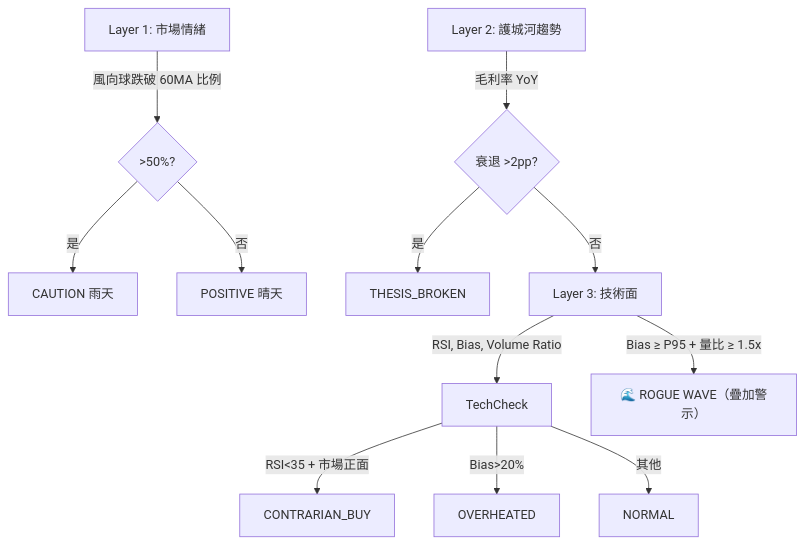
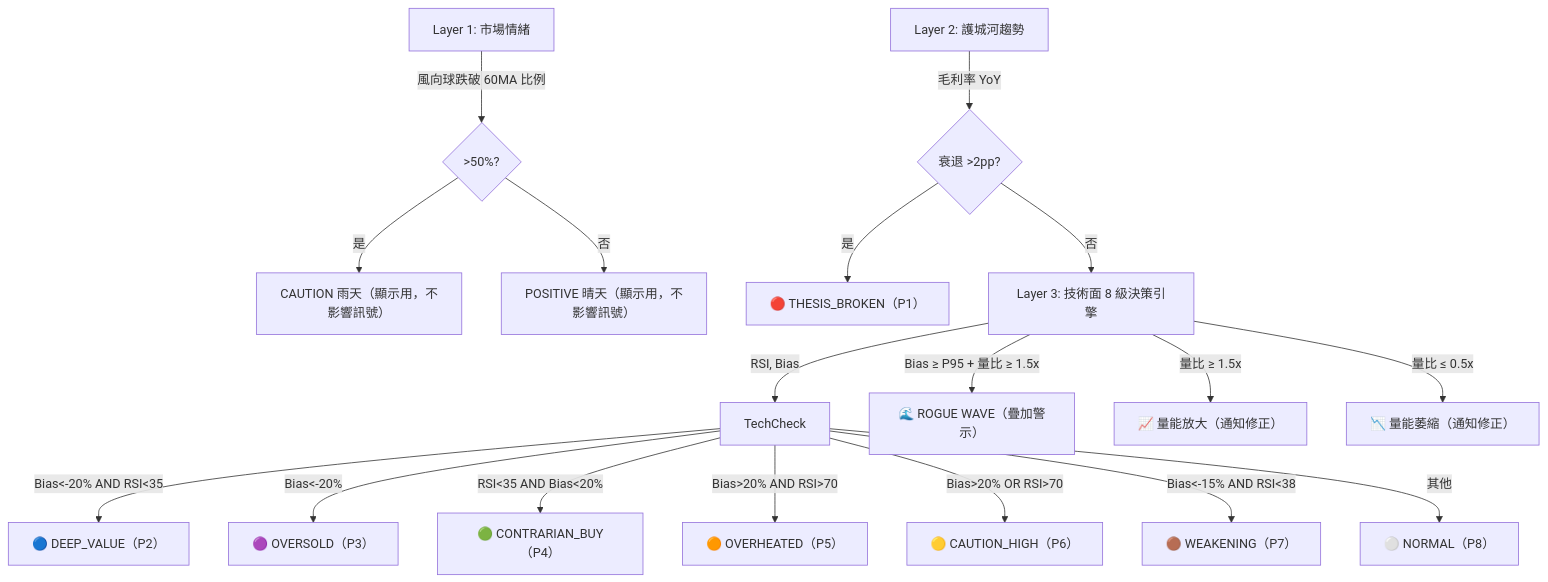
Before and after one commit to azusa152/azusa-stock: the first of 3 diagrams in README.md, drawn with Mermaid. The commit also changed other lines of this file and 3 other files, not shown here.

````diff
--- a/README.md
+++ b/README.md
@@ -96,17 +96,23 @@
 ```mermaid
 flowchart TD
     L1["Layer 1: 市場情緒"] -->|"風向球跌破 60MA 比例"| Decision{">50%?"}
-    Decision -->|"是"| CAUTION["CAUTION 雨天"]
-    Decision -->|"否"| POSITIVE["POSITIVE 晴天"]
+    Decision -->|"是"| CAUTION["CAUTION 雨天（顯示用，不影響訊號）"]
+    Decision -->|"否"| POSITIVE["POSITIVE 晴天（顯示用，不影響訊號）"]
 
     L2["Layer 2: 護城河趨勢"] -->|"毛利率 YoY"| MoatCheck{"衰退 >2pp?"}
-    MoatCheck -->|"是"| BROKEN["THESIS_BROKEN"]
+    MoatCheck -->|"是"| BROKEN["🔴 THESIS_BROKEN（P1）"]
     MoatCheck -->|"否"| L3
 
-    L3["Layer 3: 技術面"] -->|"RSI, Bias, Volume Ratio"| TechCheck
-    TechCheck -->|"RSI<35 + 市場正面"| BUY["CONTRARIAN_BUY"]
-    TechCheck -->|"Bias>20%"| HOT["OVERHEATED"]
-    TechCheck -->|"其他"| NORMAL["NORMAL"]
+    L3["Layer 3: 技術面 8 級決策引擎"] -->|"RSI, Bias"| TechCheck
+    TechCheck -->|"Bias<-20% AND RSI<35"| DV["🔵 DEEP_VALUE（P2）"]
+    TechCheck -->|"Bias<-20%"| OS["🟣 OVERSOLD（P3）"]
+    TechCheck -->|"RSI<35 AND Bias<20%"| BUY["🟢 CONTRARIAN_BUY（P4）"]
+    TechCheck -->|"Bias>20% AND RSI>70"| HOT["🟠 OVERHEATED（P5）"]
+    TechCheck -->|"Bias>20% OR RSI>70"| CH["🟡 CAUTION_HIGH（P6）"]
+    TechCheck -->|"Bias<-15% AND RSI<38"| WK["🟤 WEAKENING（P7）"]
+    TechCheck -->|"其他"| NORMAL["⚪ NORMAL（P8）"]
 
     L3 -->|"Bias ≥ P95 + 量比 ≥ 1.5x"| ROGUE["🌊 ROGUE WAVE（疊加警示）"]
+    L3 -->|"量比 ≥ 1.5x"| VS["📈 量能放大（通知修正）"]
+    L3 -->|"量比 ≤ 0.5x"| VT["📉 量能萎縮（通知修正）"]
 ```
````
